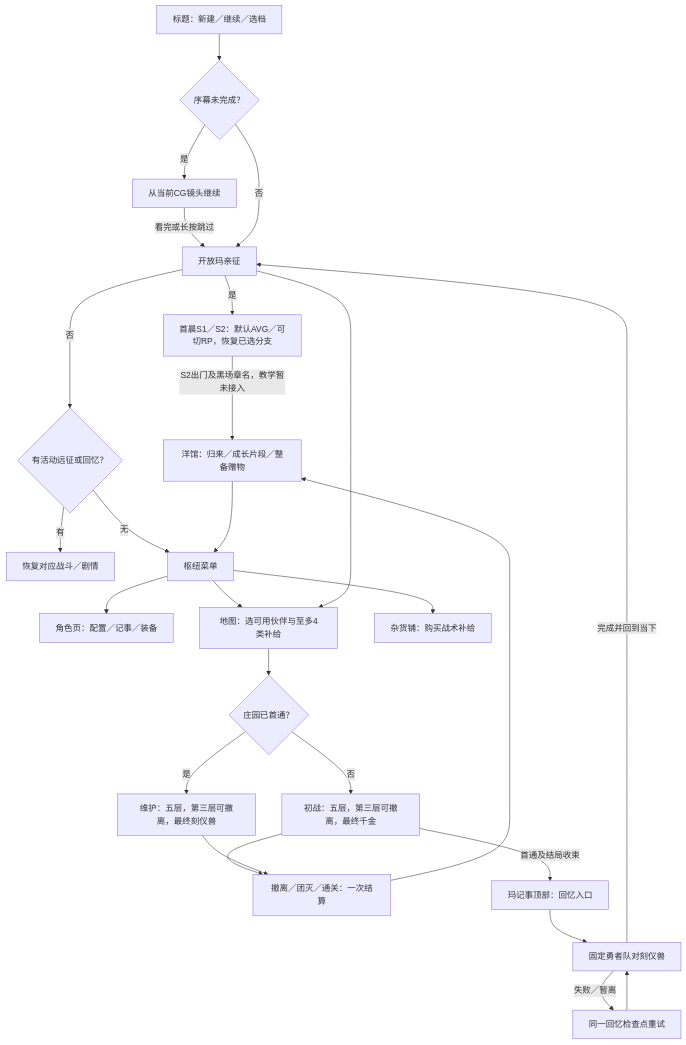
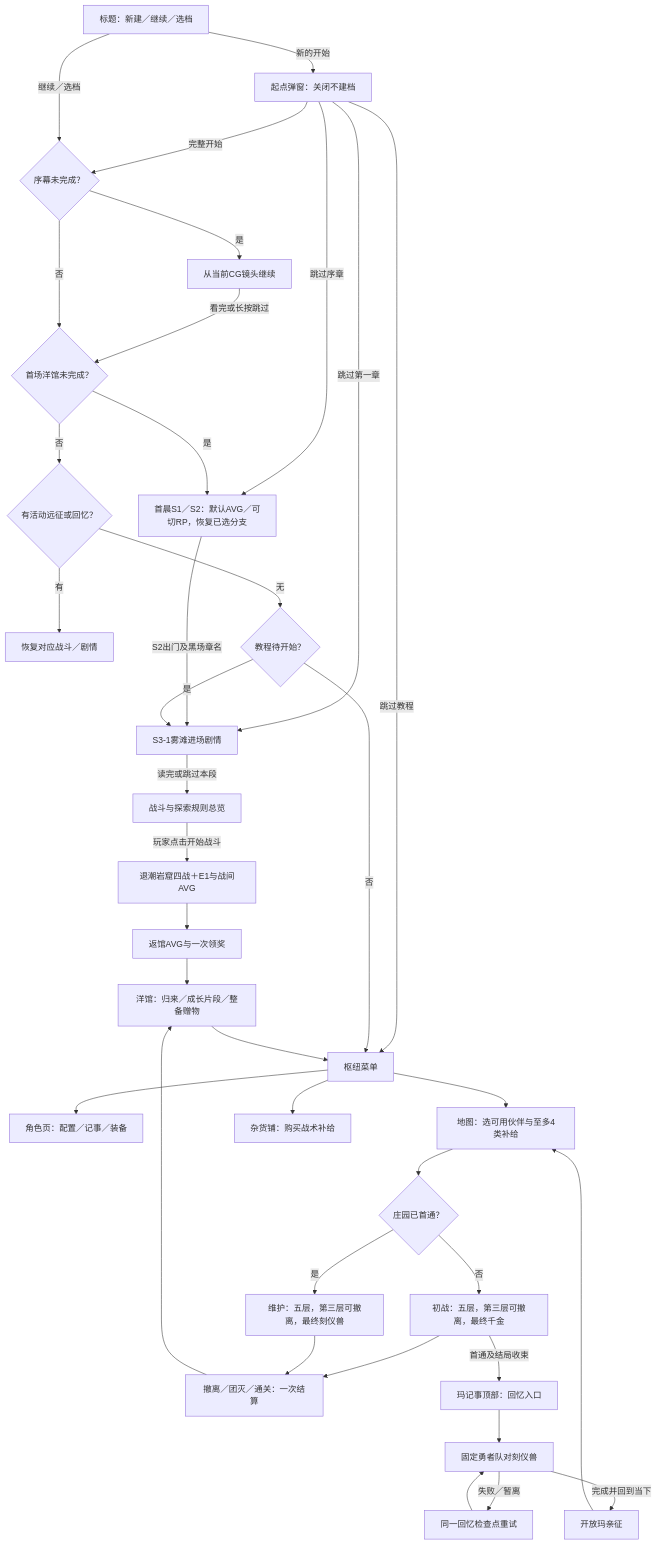
Before and after one commit to hasheeper/project-abyssa: the diagram in docs/GAME_SYSTEMS_AND_CONTENT_SPEC.md, drawn with Mermaid. The commit also changed other lines of this file and 703 other files, not shown here.

````diff
--- a/docs/GAME_SYSTEMS_AND_CONTENT_SPEC.md
+++ b/docs/GAME_SYSTEMS_AND_CONTENT_SPEC.md
@@ -29,28 +34,39 @@
 ```mermaid
 flowchart TD
-  A[标题：新建／继续／选档] --> P{序幕未完成？}
+  A[标题：新建／继续／选档] -->|新的开始| A0[起点弹窗：关闭不建档]
+  A0 -->|完整开始| P{序幕未完成？}
+  A0 -->|跳过序章| R
+  A0 -->|跳过第一章| T0
+  A0 -->|跳过教程| D
+  A -->|继续／选档| P
   P -->|是| Q[从当前CG镜头继续]
   Q -->|看完或长按跳过| O{首场洋馆未完成？}
   P -->|否| O
   O -->|是| R[首晨S1／S2：默认AVG／可切RP，恢复已选分支]
-  R -->|S2出门及黑场章名，教学暂未接入| K
+  R -->|S2出门及黑场章名| T0[S3-1雾滩进场剧情]
+  T0 -->|读完或跳过本段| TM[战斗与探索规则总览]
+  TM -->|玩家点击开始战斗| T[退潮岩窟四战＋E1与战间AVG]
+  T --> TR[返馆AVG与一次领奖]
+  TR --> K
   O -->|否| B{有活动远征或回忆？}
   B -->|有| C[恢复对应战斗／剧情]
-  B -->|无| D[枢纽菜单]
+  B -->|无| B0{教程待开始？}
+  B0 -->|是| T0
+  B0 -->|否| D[枢纽菜单]
   D --> E[角色页：配置／记事／装备]
   D --> F[地图：选可用伙伴与至多4类补给]
   D --> S[杂货铺：购买战术补给]
   F --> G{庄园已首通？}
   G -->|否| H[初战：五层，第三层可撤离，最终千金]
   G -->|是| I[维护：五层，第三层可撤离，最终刻仪兽]
   H --> J[撤离／团灭／通关：一次结算]
   I --> J
   J --> K[洋馆：归来／成长片段／整备赠物]
   K --> D
   H -->|首通及结局收束| L[玛记事顶部：回忆入口]
   L --> M[固定勇者队对刻仪兽]
   M -->|失败／暂离| N[同一回忆检查点重试]
   N --> M
-  M -->|完成并回到当下| O[开放玛亲征]
-  O --> F
+  M -->|完成并回到当下| U[开放玛亲征]
+  U --> F
 ```
````
